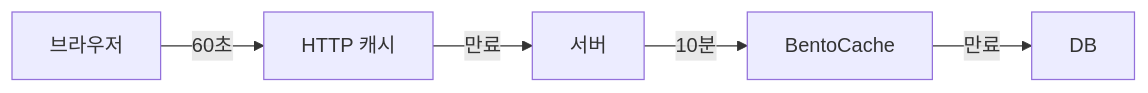
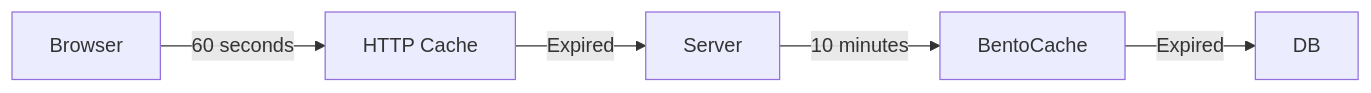
The second of 2 diagrams in modules/docs/en/advanced-features/cache-control/using-in-apis.mdx (cartanova-ai/sonamu), drawn with Mermaid before and after one commit. The commit also changed other lines of this file and 86 other files, not shown here.

````diff
--- a/modules/docs/en/advanced-features/cache-control/using-in-apis.mdx
+++ b/modules/docs/en/advanced-features/cache-control/using-in-apis.mdx
@@ -586,7 +586,7 @@
 ```mermaid
 graph LR
-    A[브라우저] -->|60초| B[HTTP 캐시]
-    B -->|만료| C[서버]
-    C -->|10분| D[BentoCache]
-    D -->|만료| E[DB]
+    A[Browser] -->|60 seconds| B[HTTP Cache]
+    B -->|Expired| C[Server]
+    C -->|10 minutes| D[BentoCache]
+    D -->|Expired| E[DB]
 ```
````
